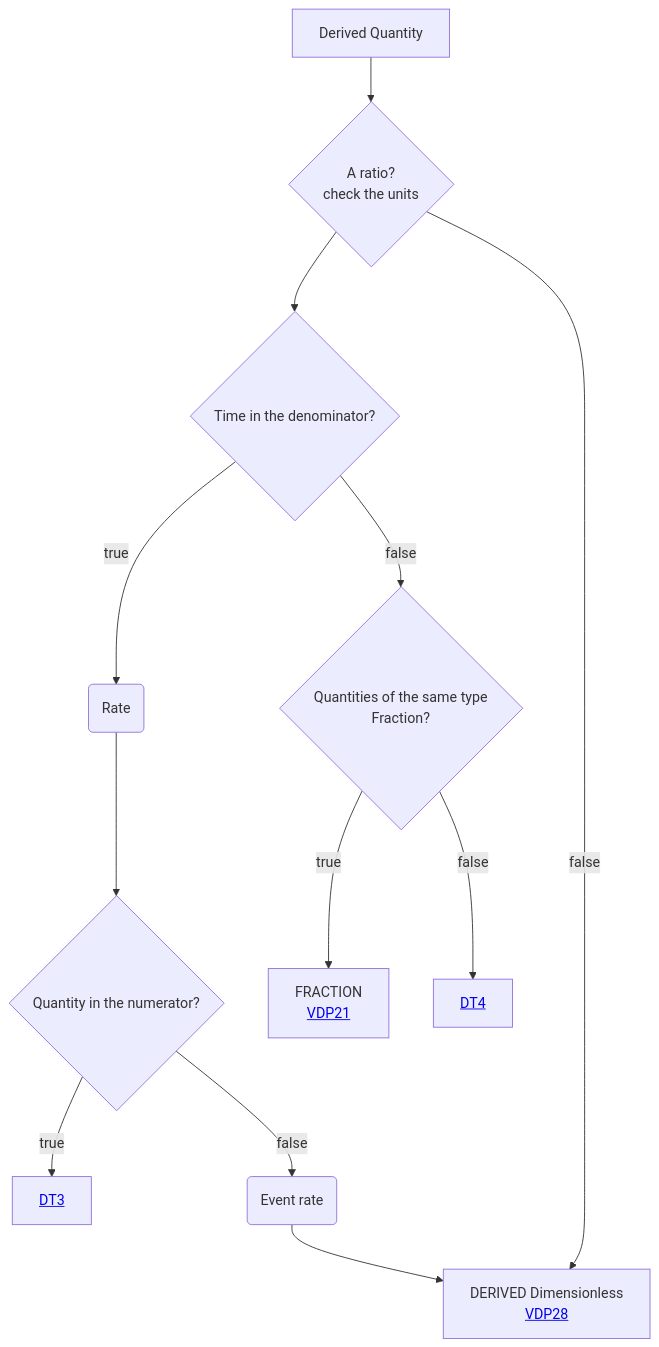
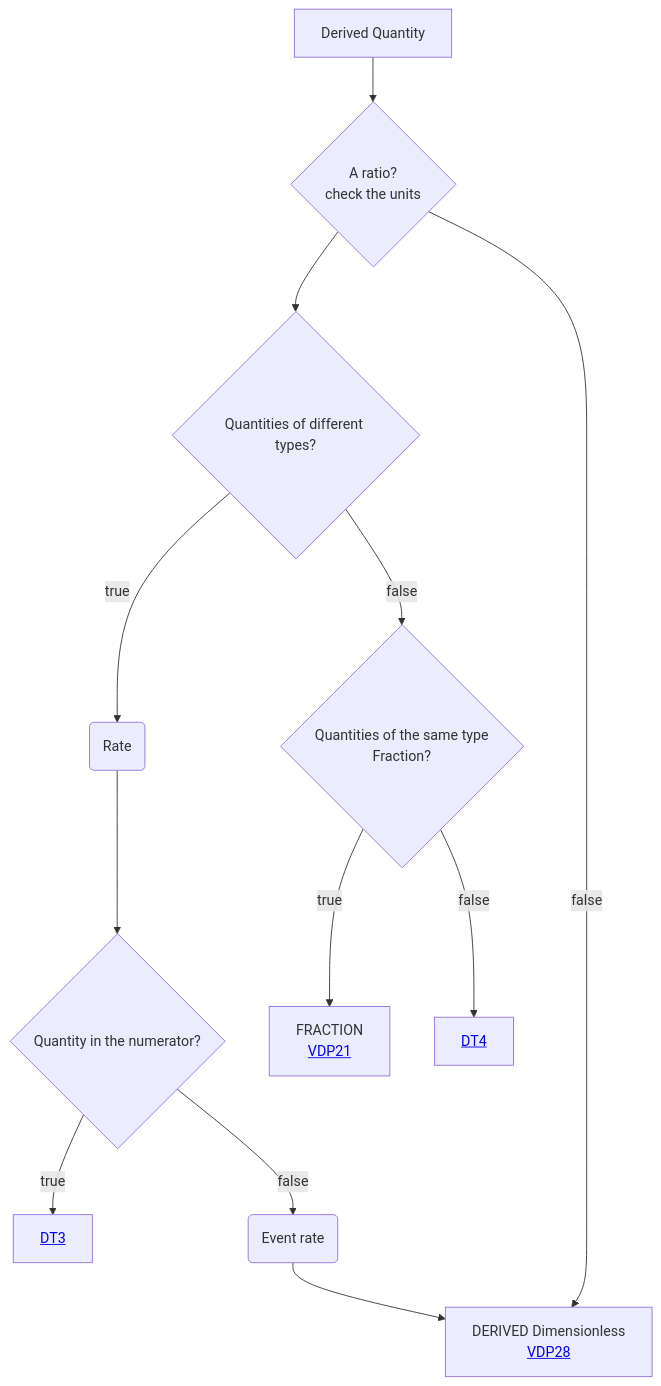
One commit to mabablue/I-ADOPT-patterns-playground changed the diagram in Decisition_trees/DT2.mmd. Above: the diagram before and after it, drawn with Mermaid.

```diff
--- a/Decisition_trees/DT2.mmd
+++ b/Decisition_trees/DT2.mmd
@@ -1,12 +1,12 @@
 flowchart TD
     A[Derived Quantity] --> B{A ratio?<br>check the units}
-    B --> C{Time in the denominator?} 
+    B --> C{Quantities of different types?} 
     B --> |false|I[DERIVED Dimensionless <br> <a href='https://github.com/mabablue/I-ADOPT-patterns-playground/blob/main/pattern/VDP28.yaml'>VDP28</a>]
     C --> |true|MN(Rate) 
     MN --> N{Quantity in the numerator?}
     C --> |false|D{Quantities of the same type <br> Fraction?}
     N --> |true|E[<a href='https://github.com/mabablue/I-ADOPT-patterns-playground/blob/main/Decisition_trees/DT3.mmd'>DT3</a>]
     N --> |false|O(Event rate)
     O --> I
     D --> |true|J[FRACTION <br> <a href='https://github.com/mabablue/I-ADOPT-patterns-playground/blob/main/pattern/VDP21.yaml'>VDP21</a>]
     D --> |false|P[<a href='https://github.com/mabablue/I-ADOPT-patterns-playground/blob/main/Decisition_trees/DT3.mmd'>DT4</a>]
```
